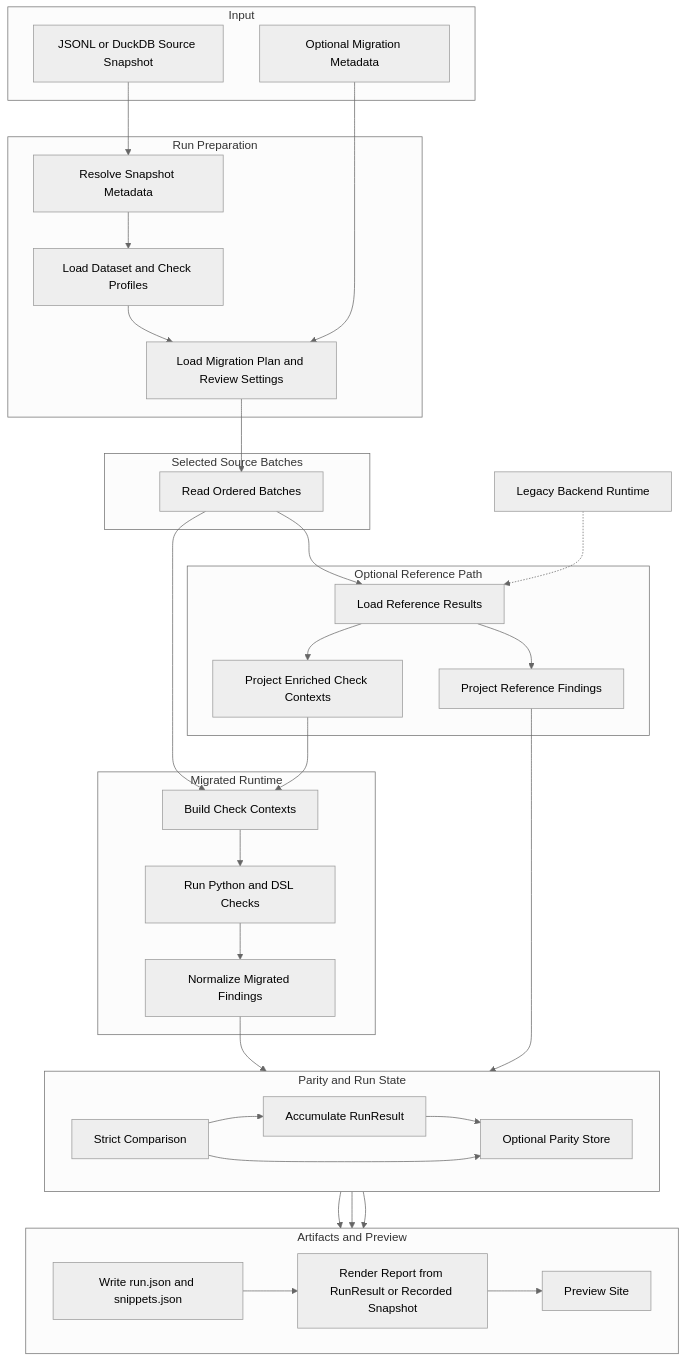
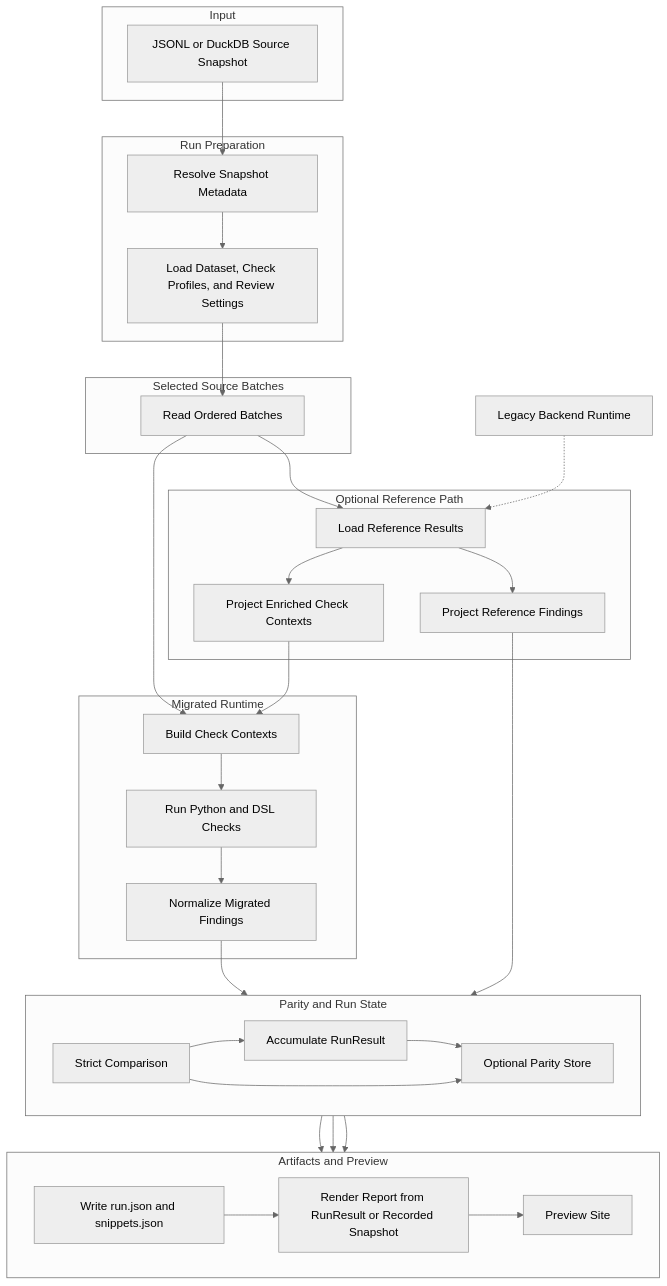
One commit to bobcorn/openfoodfacts-data-quality changed the first of 3 diagrams in docs/explanation/migration-runs.md. Above: the diagram before and after it, drawn with Mermaid (neutral theme). The commit also changed other lines of this file and 25 other files, not shown here.

````diff
--- a/docs/explanation/migration-runs.md
+++ b/docs/explanation/migration-runs.md
@@ -10,66 +10,63 @@
 ```mermaid
 flowchart TB
     subgraph INPUT["Input"]
         A["JSONL or DuckDB Source Snapshot"]
-        B["Optional Migration Metadata"]
     end
 
     subgraph PREP["Run Preparation"]
         D["Resolve Snapshot Metadata"]
-        E["Load Dataset and Check Profiles"]
-        F["Load Migration Plan and Review Settings"]
-        D --> E --> F
+        E["Load Dataset, Check Profiles, and Review Settings"]
+        D --> E
     end
 
     subgraph SOURCE["Selected Source Batches"]
         H["Read Ordered Batches"]
     end
 
     subgraph REF["Optional Reference Path"]
         I["Load Reference Results"]
         J["Project Reference Findings"]
         K["Project Enriched Check Contexts"]
         I --> J
         I --> K
     end
 
     subgraph MIG["Migrated Runtime"]
         L["Build Check Contexts"]
         M["Run Python and DSL Checks"]
         N["Normalize Migrated Findings"]
         L --> M --> N
     end
 
     subgraph RUN["Parity and Run State"]
         direction LR
         O["Strict Comparison"]
         P["Accumulate RunResult"]
         Q["Optional Parity Store"]
         O --> P
         P --> Q
     end
 
     subgraph PRES["Artifacts and Preview"]
         direction LR
         R["Write run.json and snippets.json"]
         S["Render Report from RunResult or Recorded Snapshot"]
         T["Preview Site"]
         R --> S --> T
     end
 
     U["Legacy Backend Runtime"]
 
     A --> D
-    B --> F
-    F --> H
+    E --> H
     H --> I
     H --> L
     U -.-> I
     K --> L
     J --> O
     N --> O
     O --> Q
     P --> R
     P --> S
     Q --> S
 ```
````
